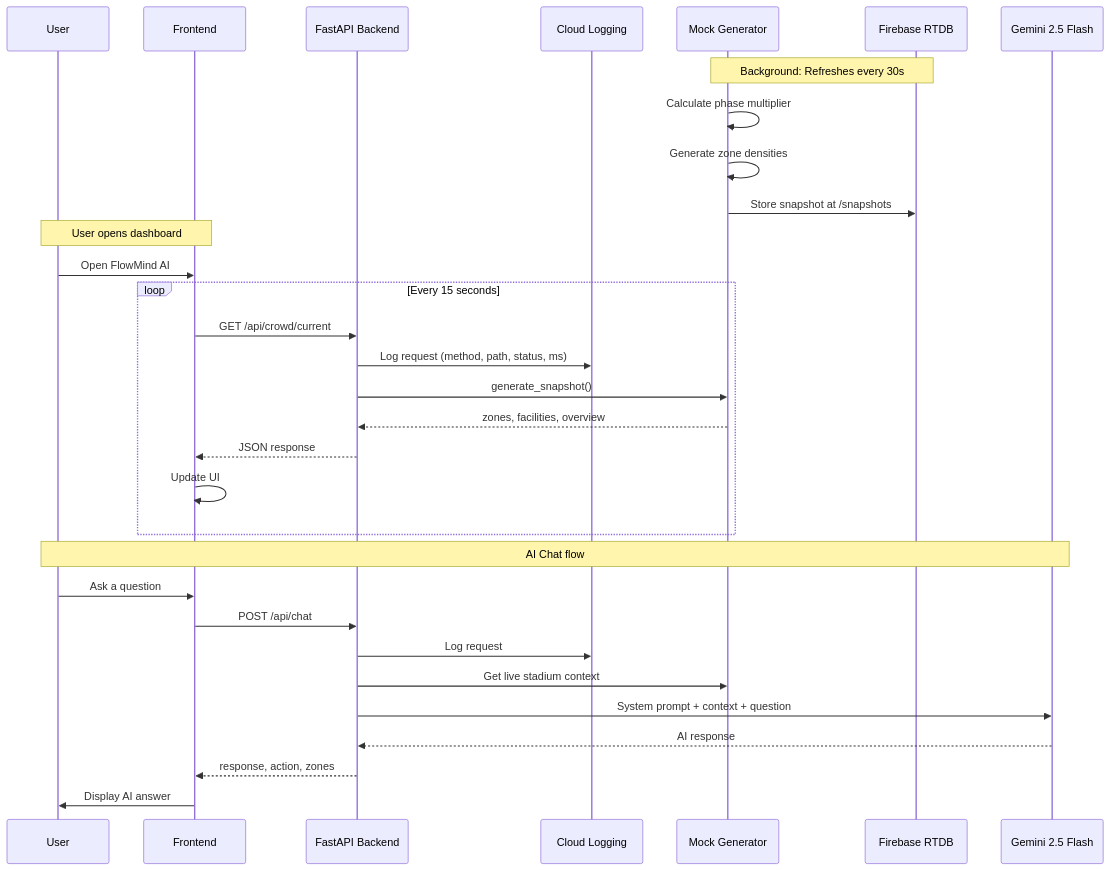
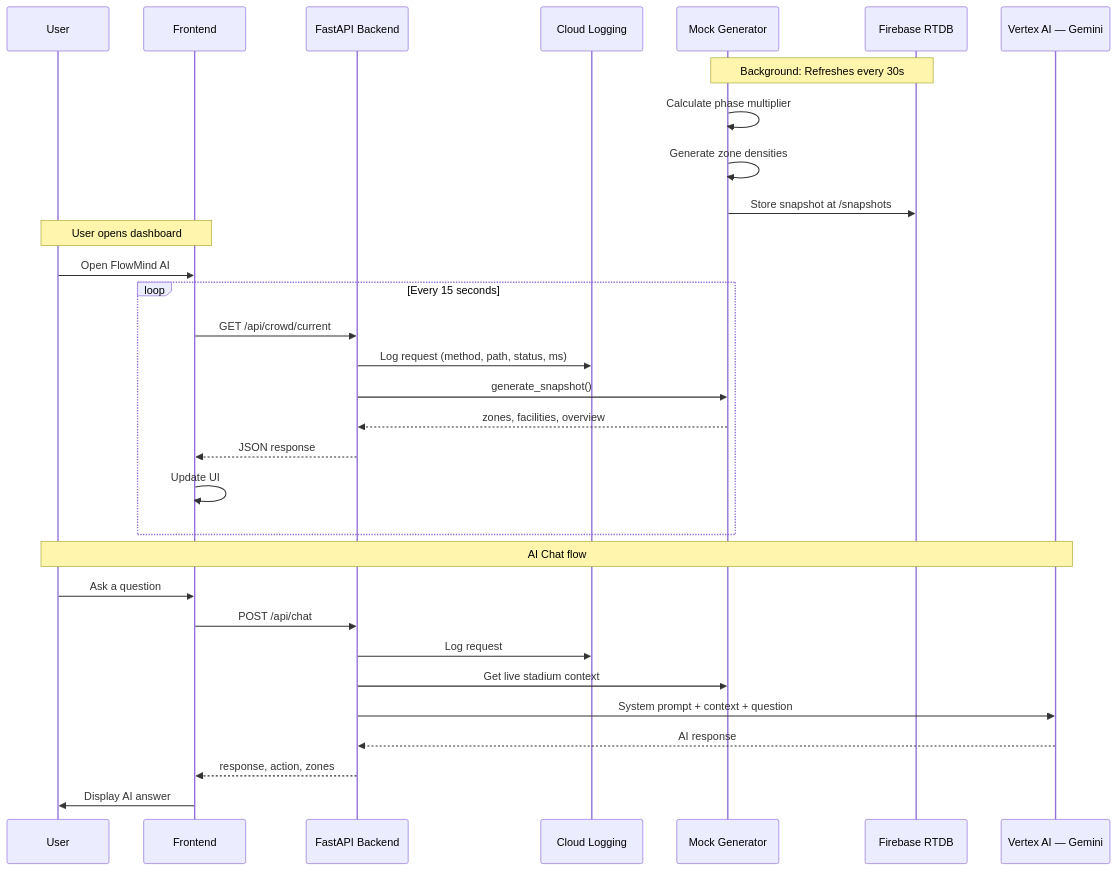
One commit to dpkpaswan/flowmind-ai changed the second of 3 diagrams in README.md. Above: the diagram before and after it, drawn with Mermaid. The commit also changed other lines of this file and 34 other files, not shown here.

````diff
--- a/README.md
+++ b/README.md
@@ -119,36 +121,36 @@
 ```mermaid
 sequenceDiagram
     participant User
     participant React as Frontend
     participant API as FastAPI Backend
     participant Log as Cloud Logging
     participant Gen as Mock Generator
     participant DB as Firebase RTDB
-    participant AI as Gemini 2.5 Flash
+    participant AI as Vertex AI — Gemini
 
     Note over Gen,DB: Background: Refreshes every 30s
     Gen->>Gen: Calculate phase multiplier
     Gen->>Gen: Generate zone densities
     Gen->>DB: Store snapshot at /snapshots
 
     Note over User,React: User opens dashboard
     User->>React: Open FlowMind AI
     loop Every 15 seconds
         React->>API: GET /api/crowd/current
         API->>Log: Log request (method, path, status, ms)
         API->>Gen: generate_snapshot()
         Gen-->>API: zones, facilities, overview
         API-->>React: JSON response
         React->>React: Update UI
     end
 
     Note over User,AI: AI Chat flow
     User->>React: Ask a question
     React->>API: POST /api/chat
     API->>Log: Log request
     API->>Gen: Get live stadium context
     API->>AI: System prompt + context + question
     AI-->>API: AI response
     API-->>React: response, action, zones
     React->>User: Display AI answer
 ```
````
